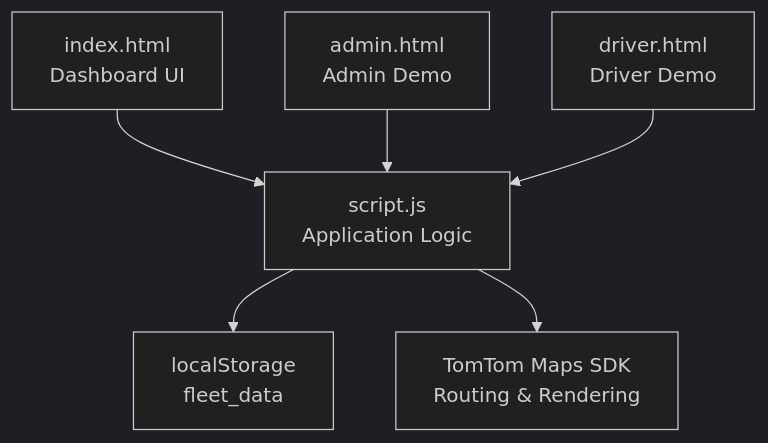
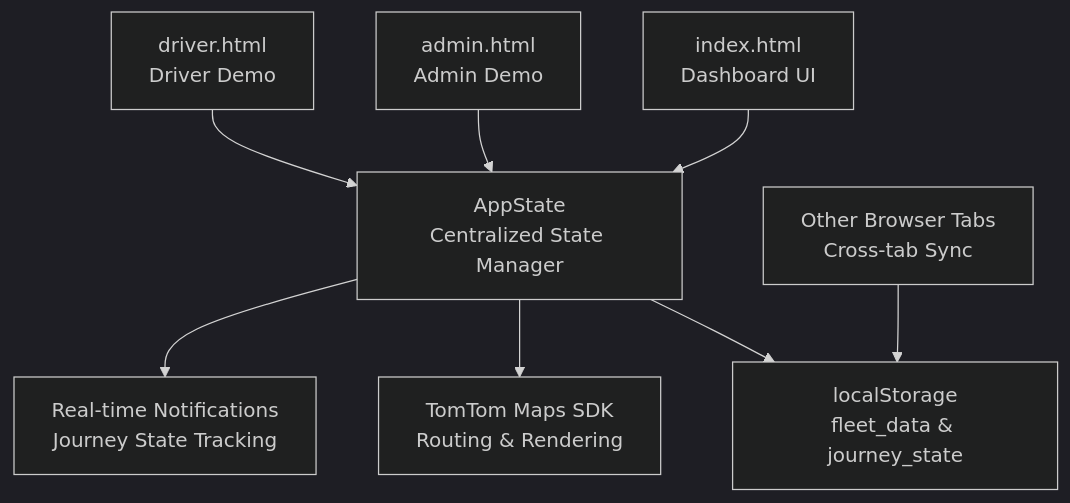
The first of 5 diagrams in .qoder/repowiki/en/content/Data Management and Persistence.md (Rehanpatel3858/BusTrack-Pro), drawn with Mermaid (dark theme) before and after one commit. The commit also changed other lines of this file and 7 other files, not shown here.

````diff
--- a/.qoder/repowiki/en/content/Data Management and Persistence.md
+++ b/.qoder/repowiki/en/content/Data Management and Persistence.md
@@ -33,8 +44,10 @@
 ```mermaid
 graph TB
-UI["index.html<br/>Dashboard UI"] --> JS["script.js<br/>Application Logic"]
-JS --> LS["localStorage<br/>fleet_data"]
-JS --> Map["TomTom Maps SDK<br/>Routing & Rendering"]
-Admin["admin.html<br/>Admin Demo"] --> JS
-Driver["driver.html<br/>Driver Demo"] --> JS
+UI["index.html<br/>Dashboard UI"] --> AppState["AppState<br/>Centralized State Manager"]
+AppState --> LS["localStorage<br/>fleet_data & journey_state"]
+AppState --> Map["TomTom Maps SDK<br/>Routing & Rendering"]
+AppState --> Notifications["Real-time Notifications<br/>Journey State Tracking"]
+Admin["admin.html<br/>Admin Demo"] --> AppState
+Driver["driver.html<br/>Driver Demo"] --> AppState
+CrossTab["Other Browser Tabs<br/>Cross-tab Sync"] --> LS
 ```
````
